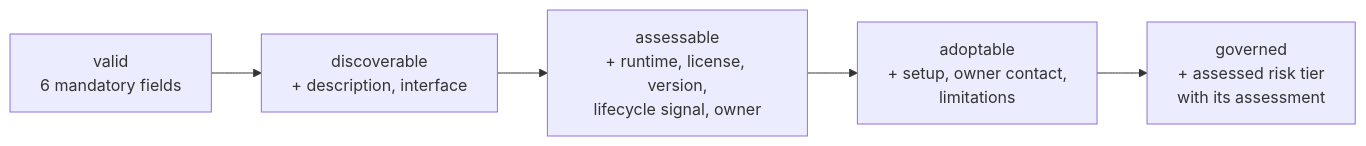
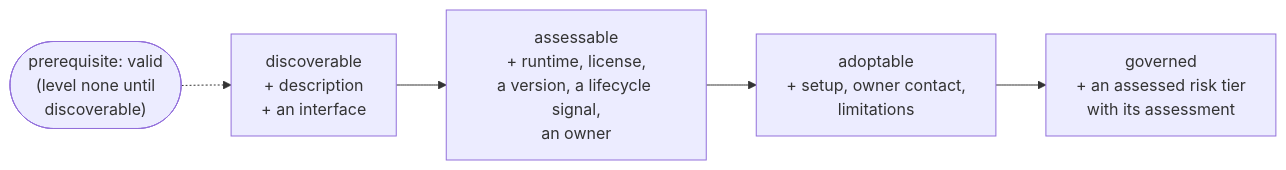
The fourth of 7 diagrams in docs/phase-1-demo.md (Mohanraj237/capability-intelligence), drawn with Mermaid before and after one commit. The commit also changed other lines of this file and 11 other files, not shown here.

````diff
--- a/docs/phase-1-demo.md
+++ b/docs/phase-1-demo.md
@@ -270,7 +1136,7 @@
 ```mermaid
 flowchart LR
-    V["valid<br/>6 mandatory fields"] --> D["discoverable<br/>+ description, interface"]
-    D --> A["assessable<br/>+ runtime, license, version,<br/>lifecycle signal, owner"]
+    V(["prerequisite: valid<br/>(level none until<br/>discoverable)"]) -.-> D["discoverable<br/>+ description<br/>+ an interface"]
+    D --> A["assessable<br/>+ runtime, license,<br/>a version, a lifecycle signal,<br/>an owner"]
     A --> AD["adoptable<br/>+ setup, owner contact,<br/>limitations"]
-    AD --> G["governed<br/>+ assessed risk tier<br/>with its assessment"]
+    AD --> G["governed<br/>+ an assessed risk tier<br/>with its assessment"]
 ```
````
